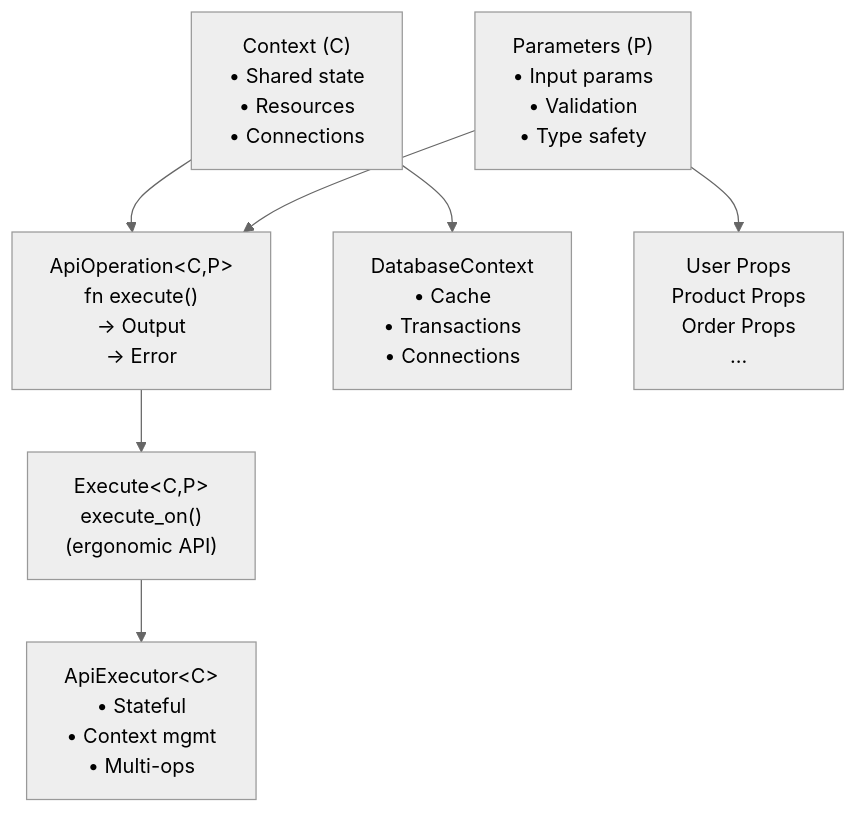
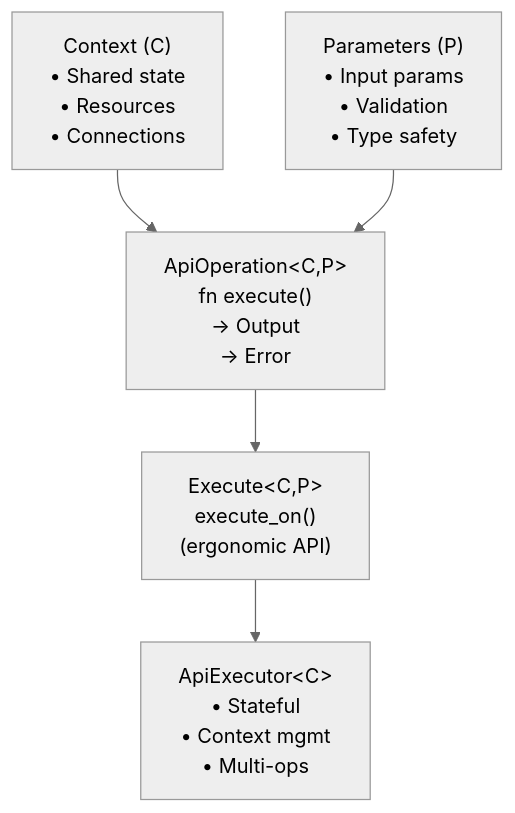
The diagram in README.md (swissarmyhammer/apithing), drawn with Mermaid (neutral theme) before and after one commit. The commit also changed other lines of this file, not shown here.

````diff
--- a/README.md
+++ b/README.md
@@ -40,19 +37,15 @@
 ```mermaid
 graph TB
     Context["Context (C)<br/>• Shared state<br/>• Resources<br/>• Connections"]
     Operation["ApiOperation&lt;C,P&gt;<br/>fn execute()<br/>→ Output<br/>→ Error"]
     Parameters["Parameters (P)<br/>• Input params<br/>• Validation<br/>• Type safety"]
 
-    DatabaseContext["DatabaseContext<br/>• Cache<br/>• Transactions<br/>• Connections"]
     Execute["Execute&lt;C,P&gt;<br/>execute_on()<br/>(ergonomic API)"]
-    Props["User Props<br/>Product Props<br/>Order Props<br/>..."]
 
     ApiExecutor["ApiExecutor&lt;C&gt;<br/>• Stateful<br/>• Context mgmt<br/>• Multi-ops"]
 
     Context --> Operation
     Parameters --> Operation
-    Context --> DatabaseContext
     Operation --> Execute
-    Parameters --> Props
     Execute --> ApiExecutor
 ```
````
